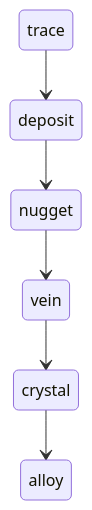
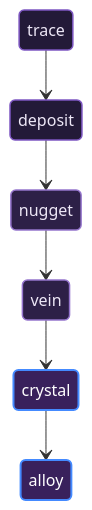
One commit to chinchalinchin/ontology changed the diagram in docs/static/mmd/executor-centennial-transitions.mmd. Above: the diagram before and after it, drawn with Mermaid. The commit also changed 6 other files, not shown here.

Commit message:
styling diagrams

```diff
--- a/docs/static/mmd/executor-centennial-transitions.mmd
+++ b/docs/static/mmd/executor-centennial-transitions.mmd
@@ -1,6 +1,14 @@
 stateDiagram-v2
+    classDef raw fill:#231a38,stroke:#7e57c2,stroke-width:1.5px,color:#ede7f6
+    classDef formation fill:#2d2047,stroke:#9575cd,stroke-width:1.5px,color:#ede7f6
+    classDef refined fill:#39215c,stroke:#448aff,stroke-width:2px,color:#ffffff
+
     trace --> deposit
     deposit --> nugget
     nugget --> vein
     vein --> crystal
     crystal --> alloy
+
+    class trace,deposit raw
+    class nugget,vein formation
+    class crystal,alloy refined
```
